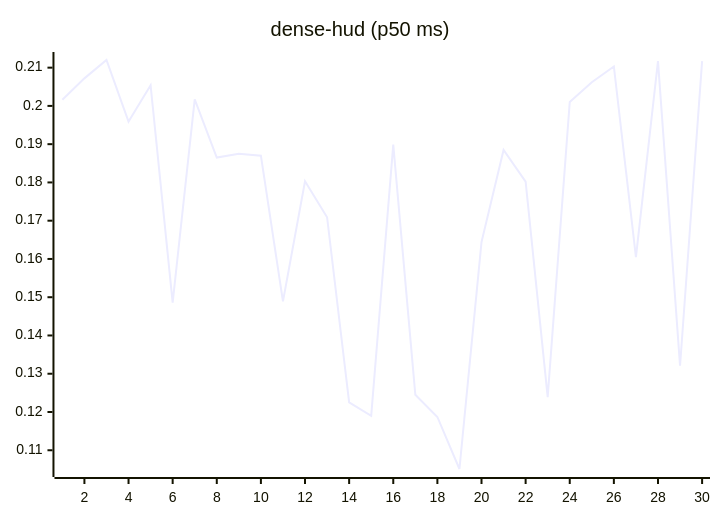
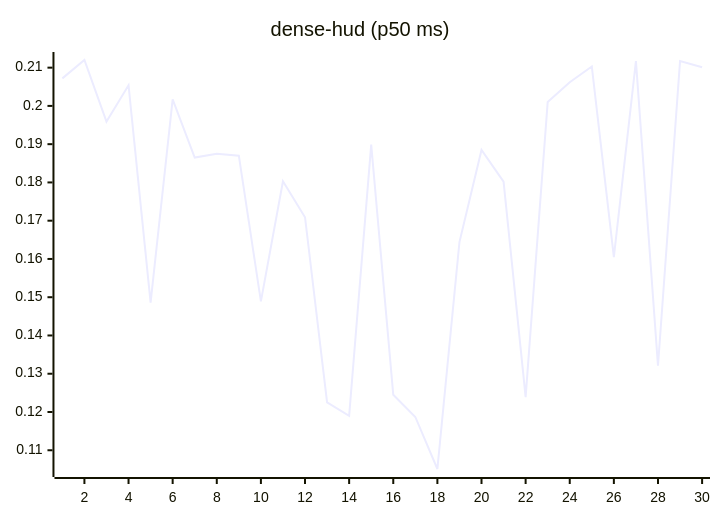
The eighth of 27 diagrams in README.md (josha/Facet), drawn with Mermaid before and after one commit. The commit also changed other lines of this file and 2 other files, not shown here.

````diff
--- a/README.md
+++ b/README.md
@@ -112,6 +112,6 @@
 ```mermaid
 xychart-beta
     title "dense-hud (p50 ms)"
     x-axis 1 --> 30
-    line [0.2016, 0.2072, 0.2120, 0.1959, 0.2054, 0.1486, 0.2017, 0.1865, 0.1875, 0.1870, 0.1489, 0.1803, 0.1709, 0.1225, 0.1190, 0.1899, 0.1245, 0.1187, 0.1051, 0.1644, 0.1885, 0.1802, 0.1239, 0.2010, 0.2062, 0.2103, 0.1605, 0.2117, 0.1321, 0.2117]
+    line [0.2072, 0.2120, 0.1959, 0.2054, 0.1486, 0.2017, 0.1865, 0.1875, 0.1870, 0.1489, 0.1803, 0.1709, 0.1225, 0.1190, 0.1899, 0.1245, 0.1187, 0.1051, 0.1644, 0.1885, 0.1802, 0.1239, 0.2010, 0.2062, 0.2103, 0.1605, 0.2117, 0.1321, 0.2117, 0.2101]
 ```
````
